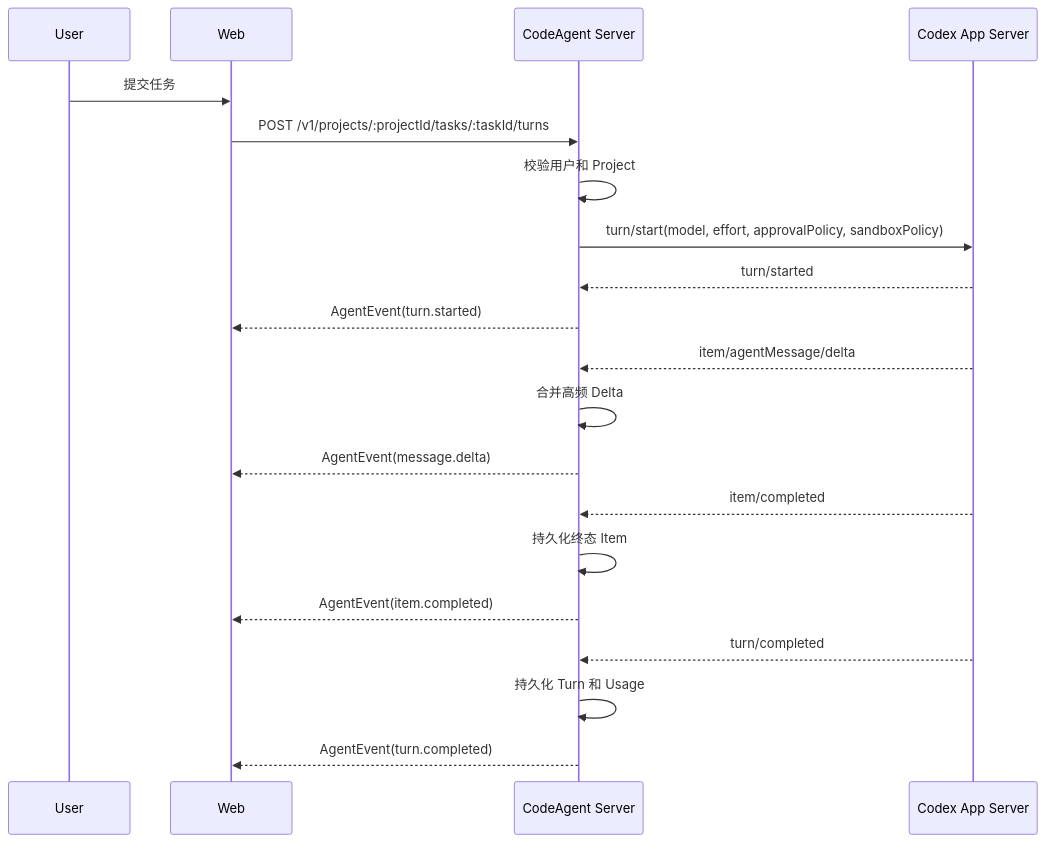
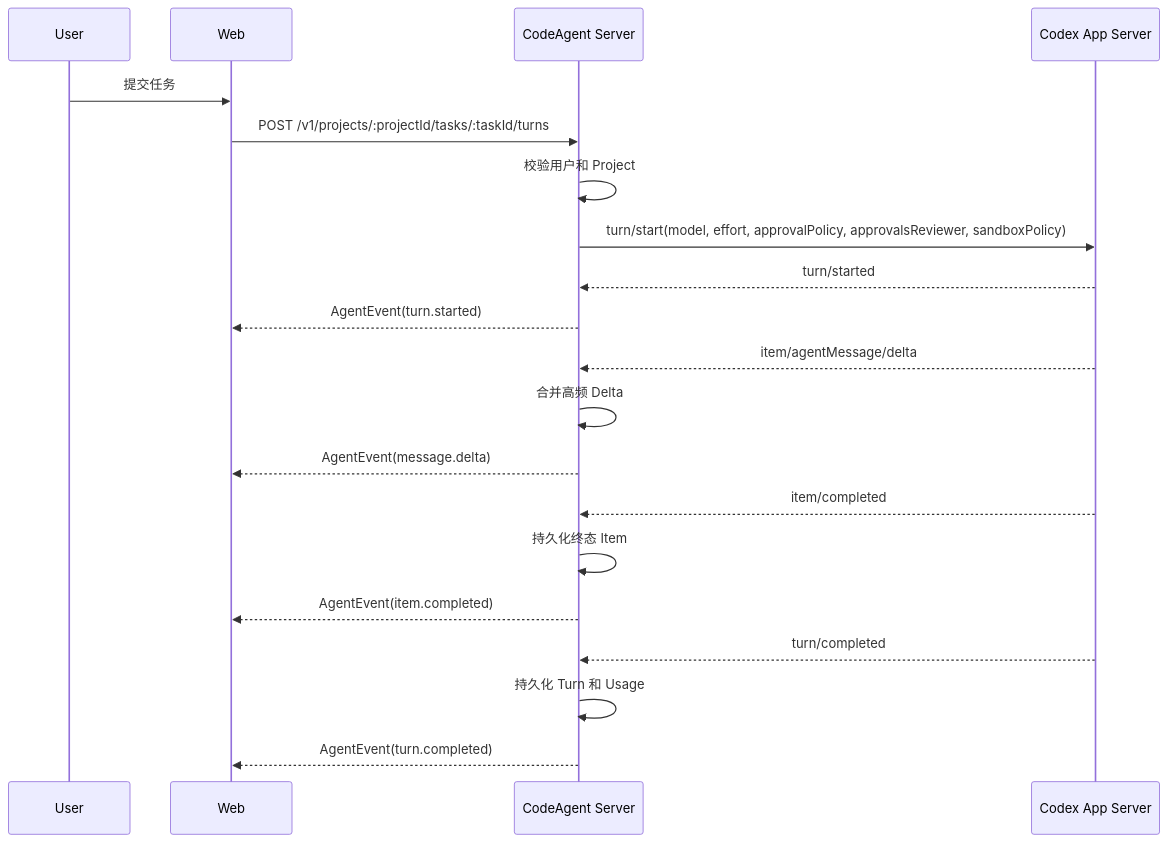
One commit to BryanHoo/CodeAgent changed the second of 2 diagrams in docs/architecture-design.md. Above: the diagram before and after it, drawn with Mermaid. The commit also changed other lines of this file and 30 other files, not shown here.

````diff
--- a/docs/architecture-design.md
+++ b/docs/architecture-design.md
@@ -169,23 +169,23 @@
 ```mermaid
 sequenceDiagram
     participant U as User
     participant W as Web
     participant S as CodeAgent Server
     participant C as Codex App Server
 
     U->>W: 提交任务
     W->>S: POST /v1/projects/:projectId/tasks/:taskId/turns
     S->>S: 校验用户和 Project
-    S->>C: turn/start(model, effort, approvalPolicy, sandboxPolicy)
+    S->>C: turn/start(model, effort, approvalPolicy, approvalsReviewer, sandboxPolicy)
     C-->>S: turn/started
     S-->>W: AgentEvent(turn.started)
     C-->>S: item/agentMessage/delta
     S->>S: 合并高频 Delta
     S-->>W: AgentEvent(message.delta)
     C-->>S: item/completed
     S->>S: 持久化终态 Item
     S-->>W: AgentEvent(item.completed)
     C-->>S: turn/completed
     S->>S: 持久化 Turn 和 Usage
     S-->>W: AgentEvent(turn.completed)
 ```
````
